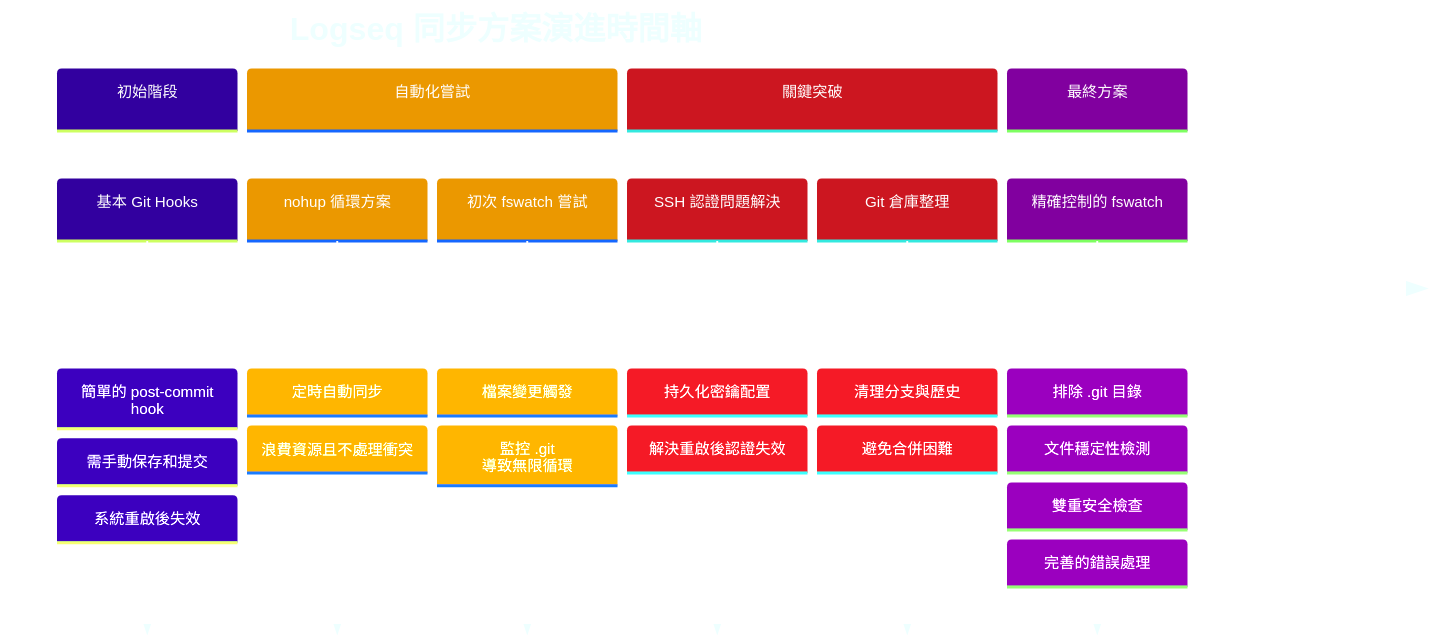
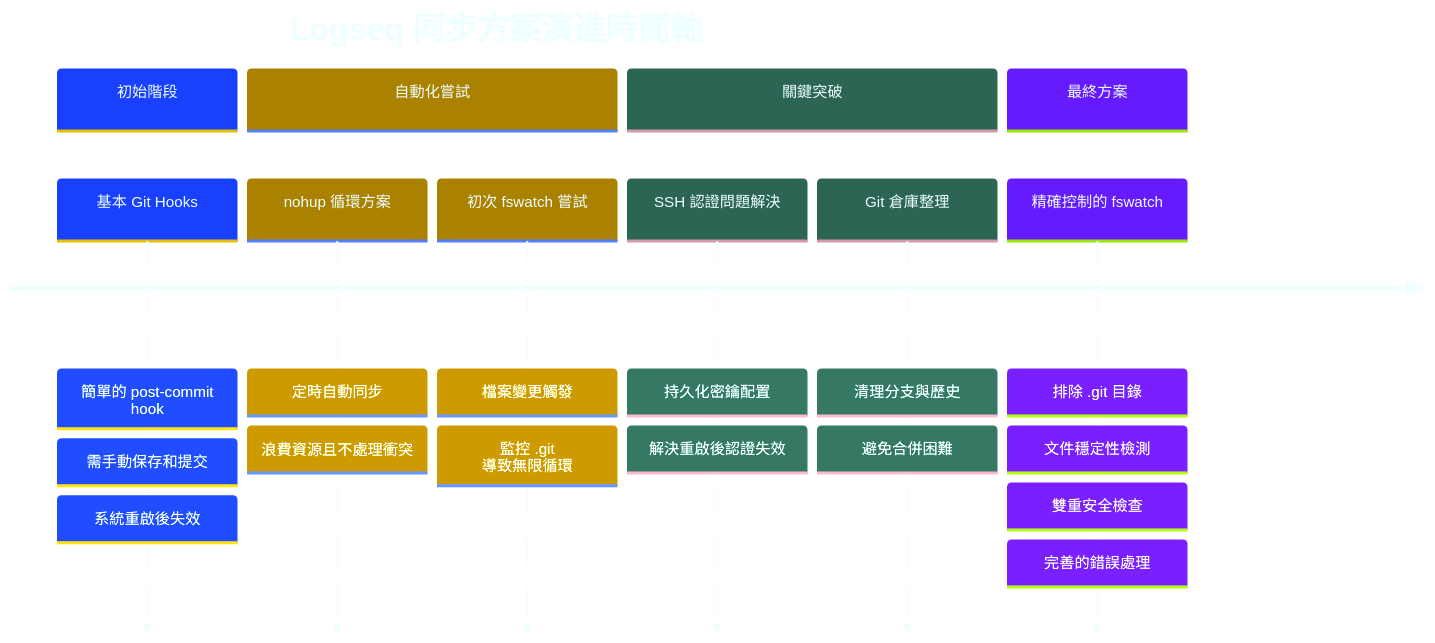
The first of 2 diagrams in Logseq同步方案演進記錄.md (GengGeng026/Sync-Logseq), drawn with Mermaid before and after one commit.

Commit message:
Auto-sync: Wed Mar 26 09:36:18 +08 2025

````diff
--- a/Logseq同步方案演進記錄.md
+++ b/Logseq同步方案演進記錄.md
@@ -24,47 +24,35 @@
 ```mermaid
 %%{init: {
   'theme': 'base', 
   'themeVariables': {
-    'primaryColor': '#651FFF',
-    'primaryTextColor': '#FFFFFF',
-    'primaryBorderColor': '#59B79A',
-    'lineColor': '#C792EA',
-    'secondaryColor': '#FFCB6B',
-    'tertiaryColor': '#F07178',
+    'primaryColor': '#99AAFF',
+    'secondaryColor': '#FFCB2B',
+    'tertiaryColor': '#59B79A',
+    'primaryTextColor': '#EEFFFF',
     'background': 'transparent',
-    'textColor': '#EEFFFF',
-    'mainBkg': '#273747',
-    'nodeBorder': '#59B79A',
-    'clusterBkg': 'transparent',
-    'edgeLabelBackground': '#21252B'
-  },
-  'flowchart': {
-    'curve': 'basis',
-    'nodeSpacing': 50,
-    'rankSpacing': 50,
-    'padding': 15
+    'sectionBkgColor': '#273747',
+    'sectionBkgColor5': '#4B5E78'
   }
 }}%%
-
 timeline
     title Logseq 同步方案演進時間軸
     section 初始階段
         基本 Git Hooks : 簡單的 post-commit hook
         : 需手動保存和提交
         : 系統重啟後失效
     section 自動化嘗試
         nohup 循環方案 : 定時自動同步
         : 浪費資源且不處理衝突
         初次 fswatch 嘗試 : 檔案變更觸發
         : 監控 .git 導致無限循環
     section 關鍵突破
         SSH 認證問題解決 : 持久化密鑰配置
         : 解決重啟後認證失效
         Git 倉庫整理 : 清理分支與歷史
         : 避免合併困難
     section 最終方案
         精確控制的 fswatch : 排除 .git 目錄
         : 文件穩定性檢測
         : 雙重安全檢查
         : 完善的錯誤處理
 ```
````
